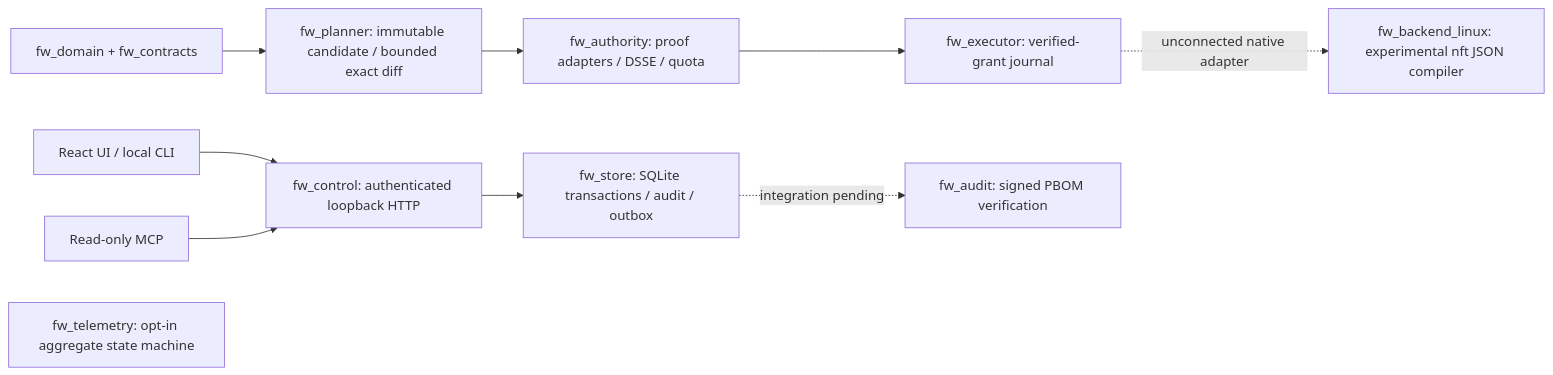
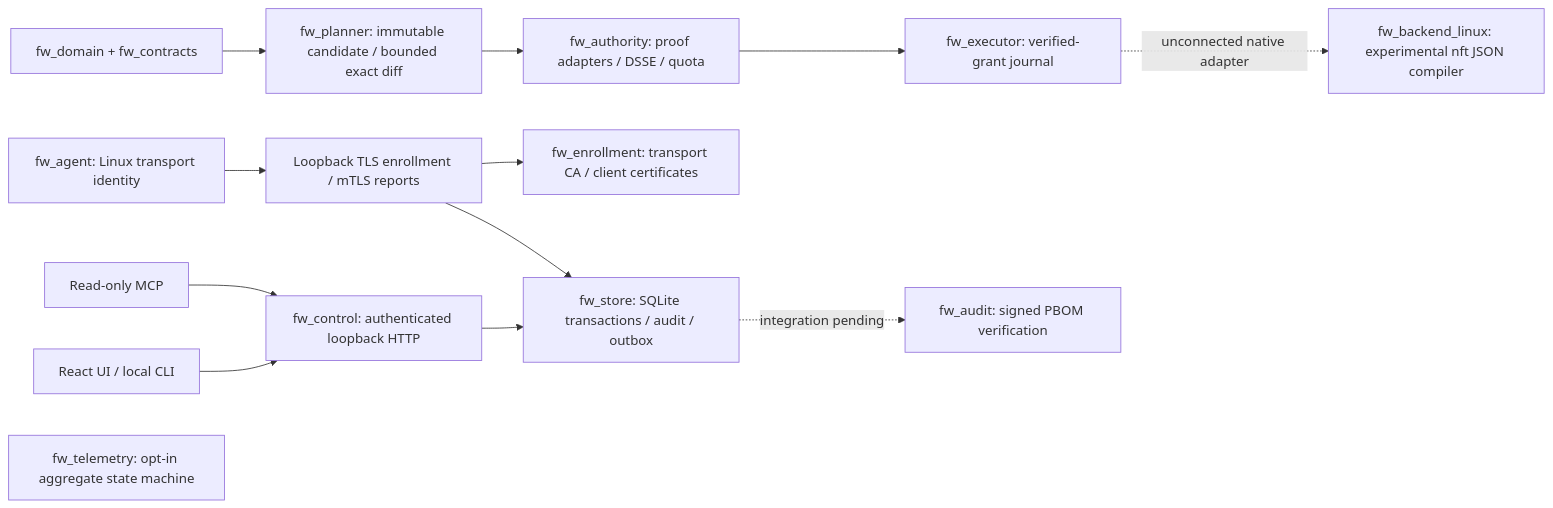
One commit to simhanson123/Nox_Warden changed the diagram in docs/implementation.md. Above: the diagram before and after it, drawn with Mermaid. The commit also changed other lines of this file and 43 other files, not shown here.

````diff
--- a/docs/implementation.md
+++ b/docs/implementation.md
@@ -7,12 +7,15 @@
 ```mermaid
 flowchart LR
   UI[React UI / local CLI] --> API[fw_control: authenticated loopback HTTP]
   MCP[Read-only MCP] --> API
   API --> DB[fw_store: SQLite transactions / audit / outbox]
+  AG[fw_agent: Linux transport identity] --> TLS[Loopback TLS enrollment / mTLS reports]
+  TLS --> PKI[fw_enrollment: transport CA / client certificates]
+  TLS --> DB
   D[fw_domain + fw_contracts] --> P[fw_planner: immutable candidate / bounded exact diff]
   P --> A[fw_authority: proof adapters / DSSE / quota]
   A --> E[fw_executor: verified-grant journal]
   E -. unconnected native adapter .-> N[fw_backend_linux: experimental nft JSON compiler]
   DB -. integration pending .-> AUD[fw_audit: signed PBOM verification]
   T[fw_telemetry: opt-in aggregate state machine]
 ```
````
